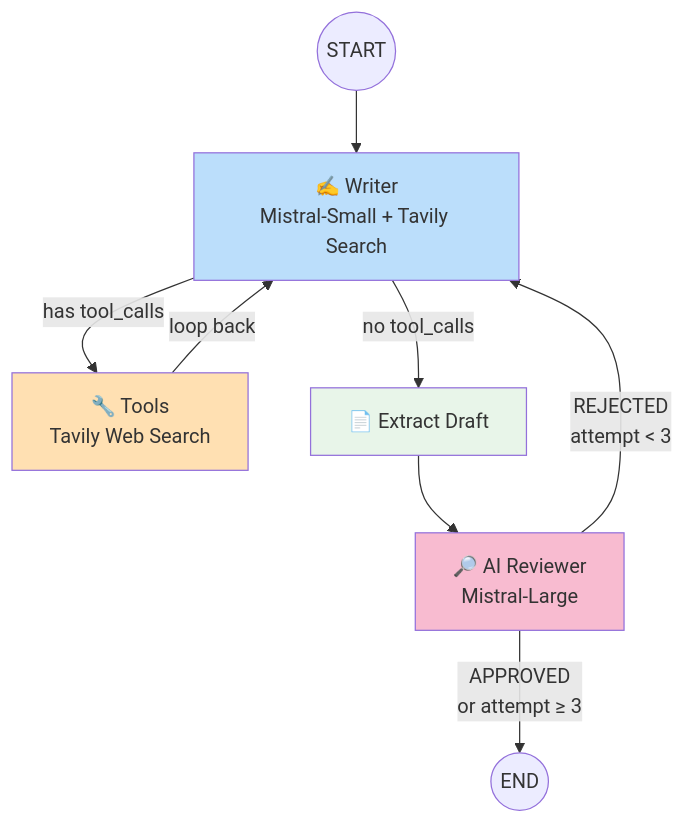
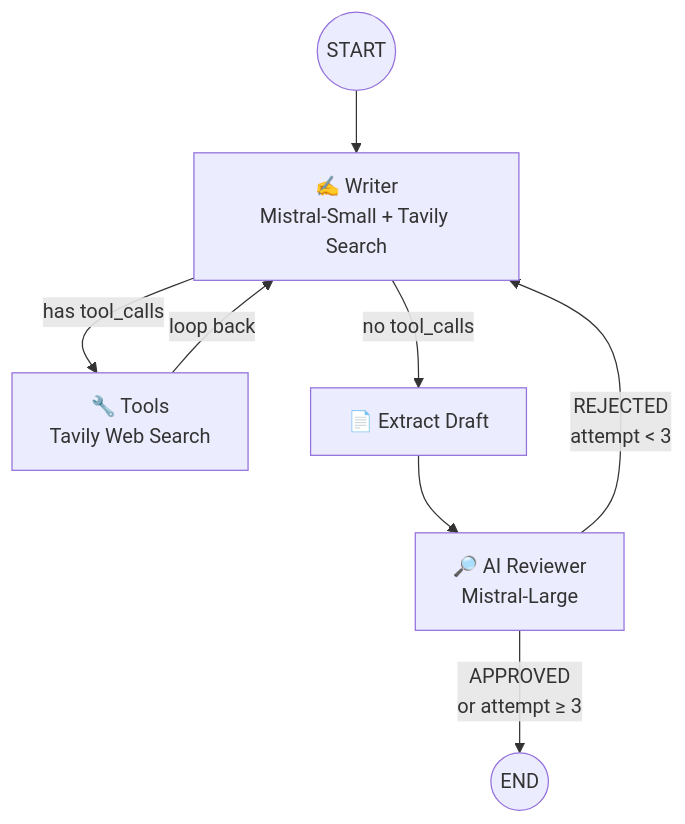
The fifth of 7 diagrams in README.md (TexZ-GenZ/LangGraph-learning-), drawn with Mermaid before and after one commit. The commit also changed other lines of this file, not shown here.

````diff
--- a/README.md
+++ b/README.md
@@ -134,19 +120,14 @@
 ```mermaid
 graph TD
     START((START)) --> W[✍️ Writer<br/>Mistral-Small + Tavily Search]
 
     W -->|has tool_calls| T[🔧 Tools<br/>Tavily Web Search]
     T -->|loop back| W
 
     W -->|no tool_calls| E[📄 Extract Draft]
 
     E --> R[🔎 AI Reviewer<br/>Mistral-Large]
 
     R -->|REJECTED<br/>attempt < 3| W
     R -->|APPROVED<br/>or attempt ≥ 3| END((END))
-
-    style W fill:#bbdefb
-    style T fill:#ffe0b2
-    style E fill:#e8f5e9
-    style R fill:#f8bbd0
 ```
````
